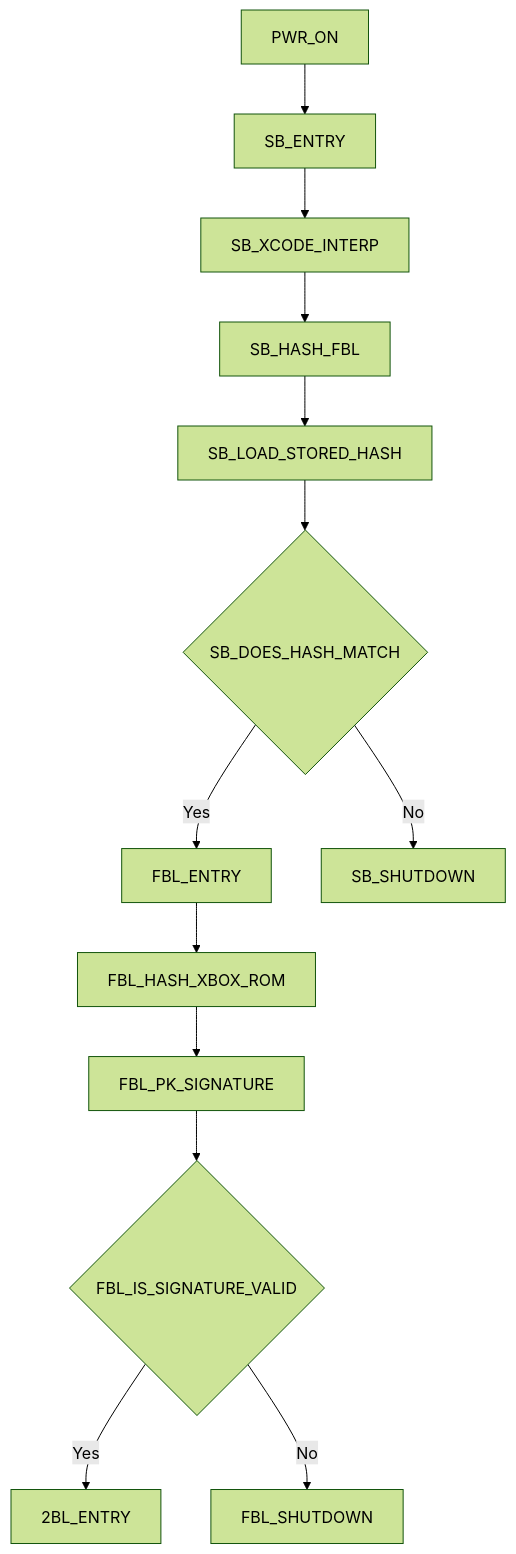
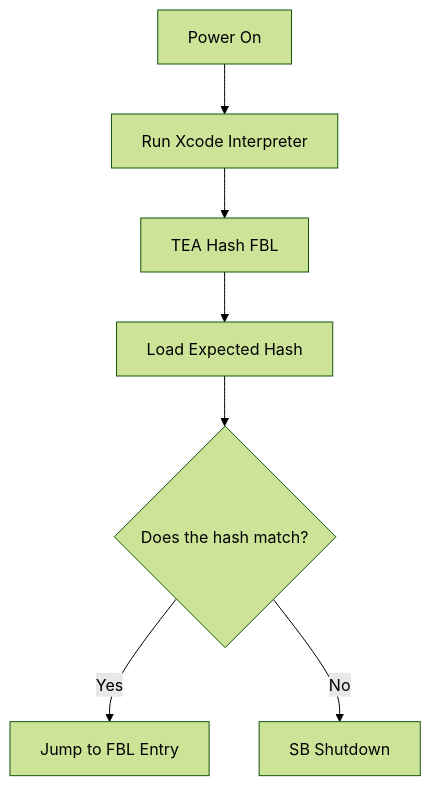
One commit to tommojphillips/XboxBiosTool changed the diagram in boot_state_diagram_mcpx_rev1.md. Above: the diagram before and after it, drawn with Mermaid (forest theme).

````diff
--- a/boot_state_diagram_mcpx_rev1.md
+++ b/boot_state_diagram_mcpx_rev1.md
@@ -1,20 +1,15 @@
 ```mermaid
 graph TD;
 
-PWR_ON-->SB_ENTRY
-SB_ENTRY-->SB_XCODE_INTERP
-SB_XCODE_INTERP-->SB_HASH_FBL
-SB_HASH_FBL-->SB_LOAD_STORED_HASH
-SB_LOAD_STORED_HASH-->SB_DOES_HASH_MATCH{SB_DOES_HASH_MATCH}
+PWR_ON[Power On]-->SB_XCODE_INTERP
+SB_XCODE_INTERP[Run Xcode Interpreter]-->SB_HASH_FBL
+SB_HASH_FBL[TEA Hash FBL]-->SB_LOAD_STORED_HASH
+SB_LOAD_STORED_HASH[Load Expected Hash]-->SB_DOES_HASH_MATCH{Does the hash match?}
 
 SB_DOES_HASH_MATCH-->|Yes|FBL_ENTRY
 SB_DOES_HASH_MATCH-->|No|SB_SHUTDOWN
 
-FBL_ENTRY-->FBL_HASH_XBOX_ROM
-FBL_HASH_XBOX_ROM-->FBL_PK_SIGNATURE
-
-FBL_PK_SIGNATURE-->FBL_IS_SIGNATURE_VALID{FBL_IS_SIGNATURE_VALID}
-FBL_IS_SIGNATURE_VALID-->|Yes|2BL_ENTRY
-FBL_IS_SIGNATURE_VALID-->|No|FBL_SHUTDOWN
+SB_SHUTDOWN[SB Shutdown]
+FBL_ENTRY[Jump to FBL Entry]
 
 ```
````
